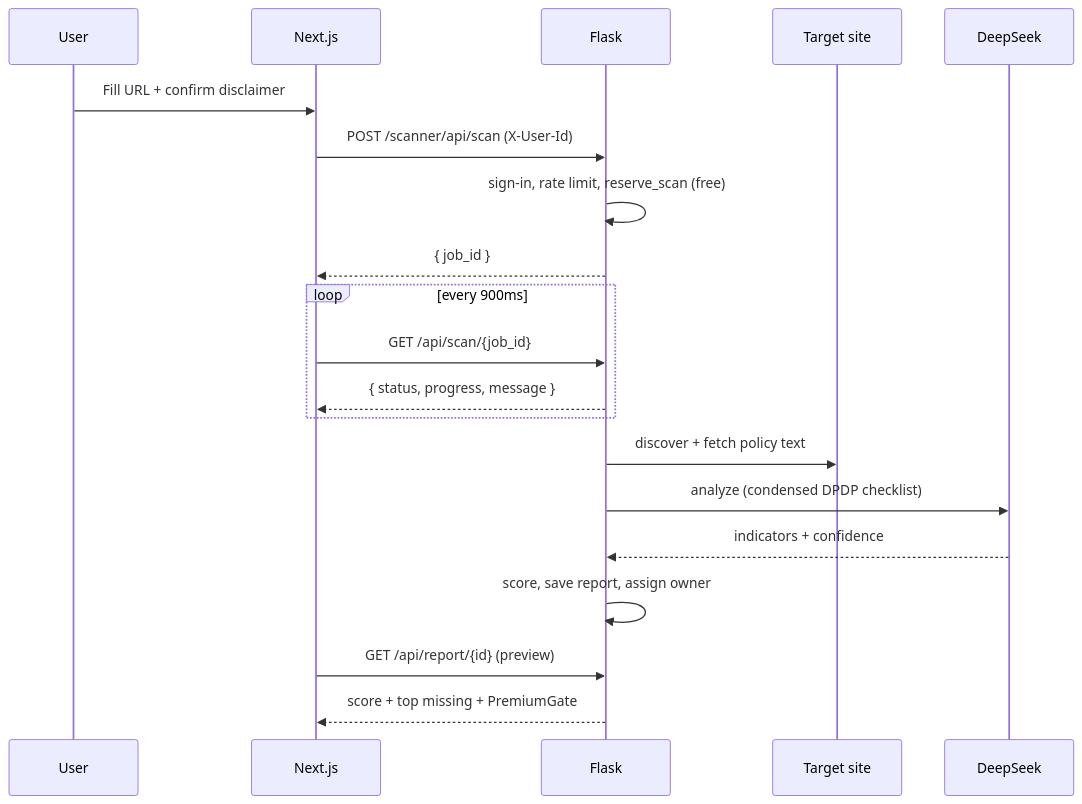
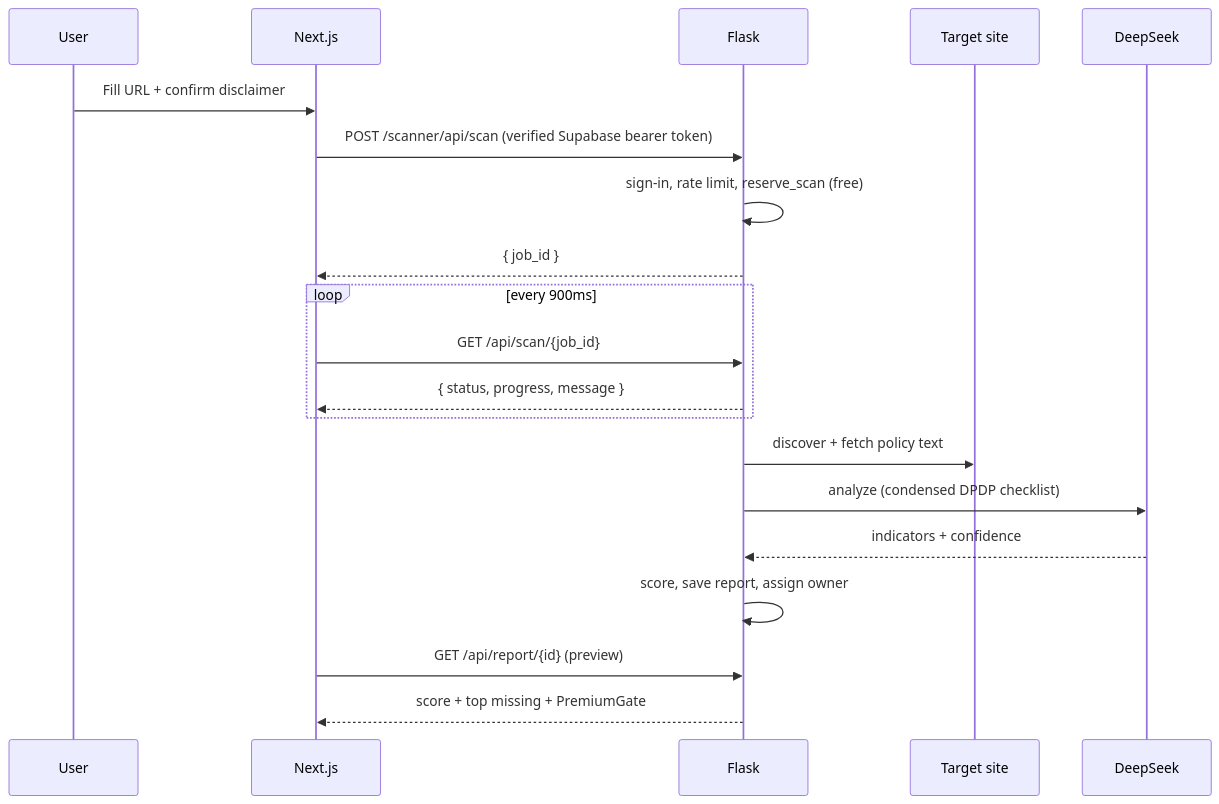
Before and after one commit to AyushWaman843/Software-Engineering-Project-RAG-: the second of 4 diagrams in WORKFLOW.md, drawn with Mermaid. The commit also changed 38 other files, not shown here.

First line of the commit message:
Harden scan quotas, retention, and CI so the DPDP scanner is safer to ship.

````diff
--- a/WORKFLOW.md
+++ b/WORKFLOW.md
@@ -642,23 +642,23 @@
 ```mermaid
 sequenceDiagram
   participant U as User
   participant N as Next.js
   participant F as Flask
   participant W as Target site
   participant D as DeepSeek
 
   U->>N: Fill URL + confirm disclaimer
-  N->>F: POST /scanner/api/scan (X-User-Id)
+  N->>F: POST /scanner/api/scan (verified Supabase bearer token)
   F->>F: sign-in, rate limit, reserve_scan (free)
   F-->>N: { job_id }
   loop every 900ms
     N->>F: GET /api/scan/{job_id}
     F-->>N: { status, progress, message }
   end
   F->>W: discover + fetch policy text
   F->>D: analyze (condensed DPDP checklist)
   D-->>F: indicators + confidence
   F->>F: score, save report, assign owner
   N->>F: GET /api/report/{id} (preview)
   F-->>N: score + top missing + PremiumGate
 ```
````
